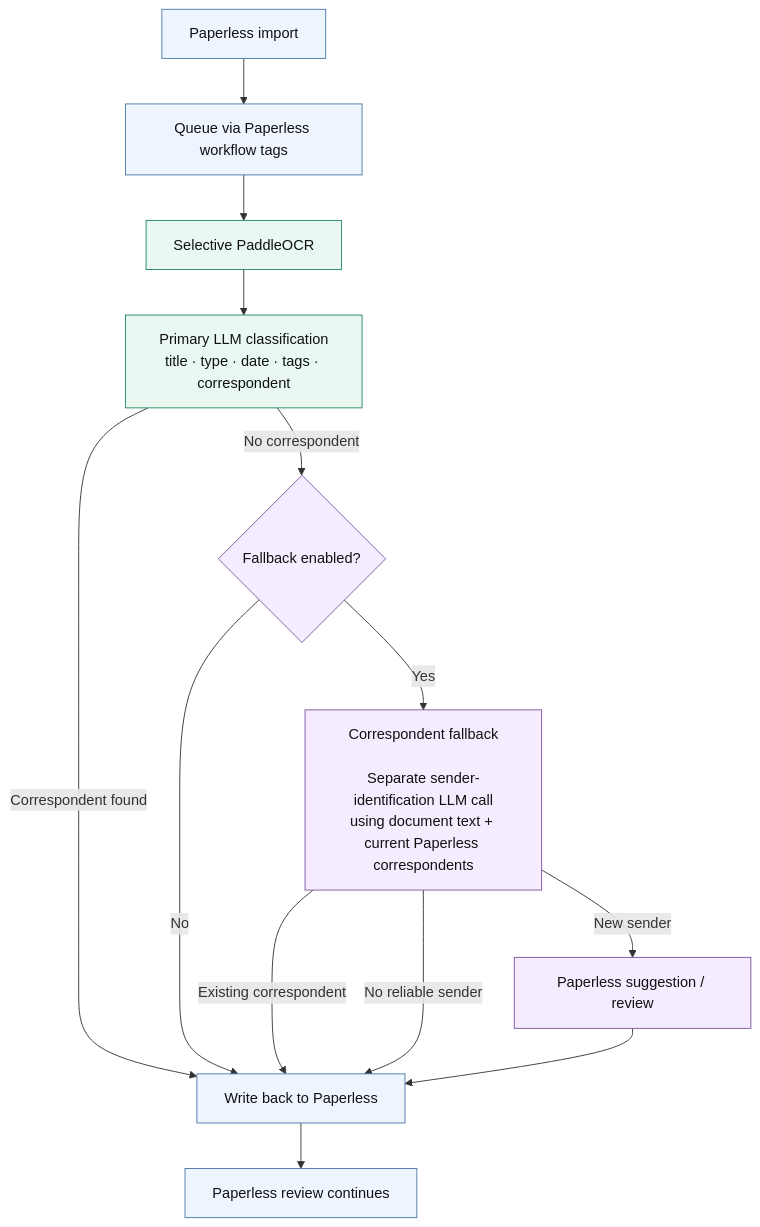
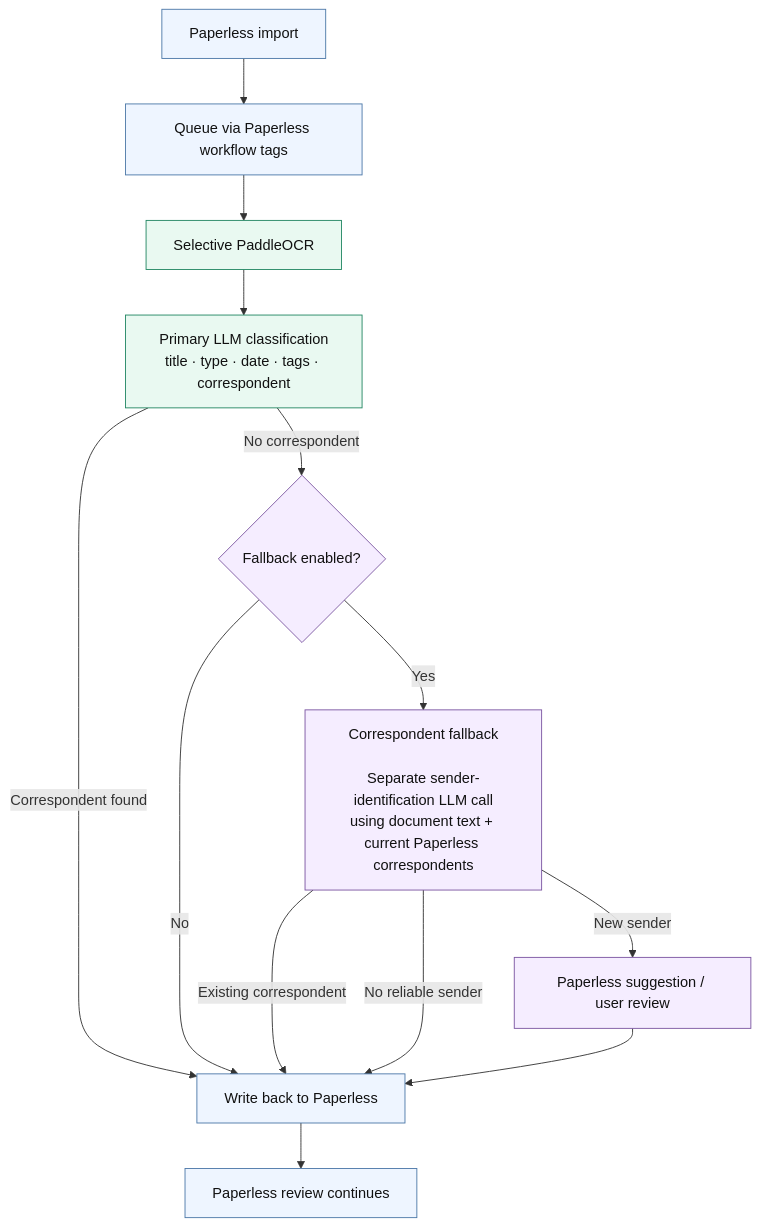
Before and after one commit to lucaperl/paperless-local-ai: the diagram in docs/diagrams/paperless-flow.mmd, drawn with Mermaid.

```diff
--- a/docs/diagrams/paperless-flow.mmd
+++ b/docs/diagrams/paperless-flow.mmd
@@ -1,25 +1,25 @@
 flowchart TB
     A["Paperless import"] --> B["Queue via Paperless workflow tags"]
     B --> C["Selective PaddleOCR"]
     C --> D["Primary LLM classification<br/>title · type · date · tags · correspondent"]
 
     D -->|Correspondent found| W["Write back to Paperless"]
     D -->|No correspondent| E{"Fallback enabled?"}
 
     E -->|No| W
     E -->|Yes| F["Correspondent fallback<br/><br/>Separate sender-identification LLM call<br/>using document text + current Paperless correspondents"]
 
     F -->|Existing correspondent| W
-    F -->|New sender| S["Paperless suggestion / review"]
+    F -->|New sender| S["Paperless suggestion / user review"]
     F -->|No reliable sender| W
     S --> W
 
     W --> R["Paperless review continues"]
 
     classDef paperless fill:#eef5ff,stroke:#4c78a8,color:#111;
     classDef local fill:#e9f9f1,stroke:#238763,color:#111;
     classDef fallback fill:#f5edff,stroke:#7b55a1,color:#111;
 
     class A,B,W,R paperless;
     class C,D local;
     class E,F,S fallback;
```
